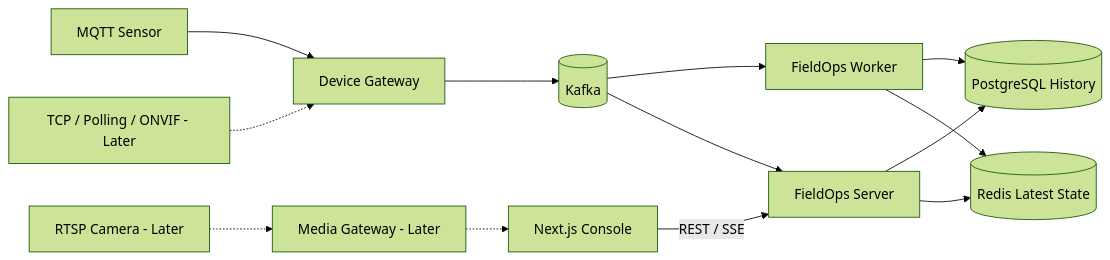
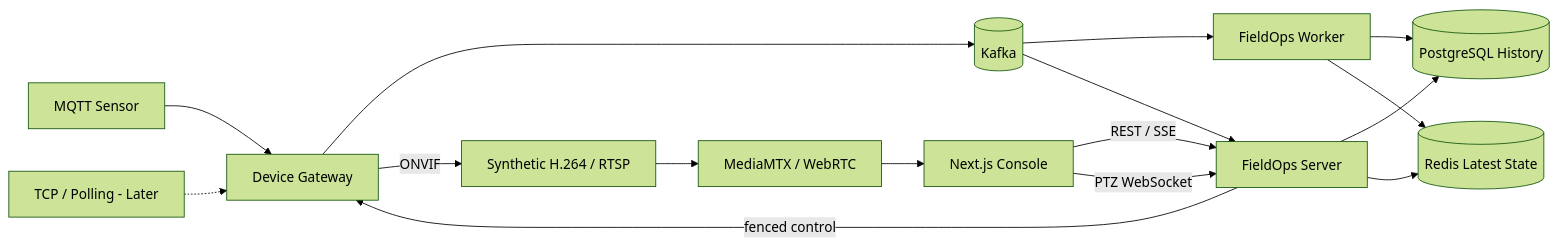
The diagram in README.md (krait4g/fieldops-control-plane), drawn with Mermaid (forest theme) before and after one commit. The commit also changed other lines of this file and 84 other files, not shown here.

Commit message:
feat: publish runnable camera preview and PTZ control

````diff
--- a/README.md
+++ b/README.md
@@ -141,15 +159,18 @@
 ```mermaid
 flowchart LR
     SENSOR[MQTT Sensor] --> GW[Device Gateway]
     GW --> K[(Kafka)]
     K --> WORKER[FieldOps Worker]
     WORKER --> PG[(PostgreSQL History)]
     WORKER --> RD[(Redis Latest State)]
     WEB[Next.js Console] -->|REST / SSE| API[FieldOps Server]
     API --> PG
     API --> RD
     K --> API
-    EXT[TCP / Polling / ONVIF - Later] -.-> GW
-    CAM[RTSP Camera - Later] -.-> MEDIA[Media Gateway - Later]
-    MEDIA -.-> WEB
+    EXT[TCP / Polling - Later] -.-> GW
+    CAM[Synthetic H.264 / RTSP] --> MEDIA[MediaMTX / WebRTC]
+    MEDIA --> WEB
+    WEB -->|PTZ WebSocket| API
+    API -->|fenced control| GW
+    GW -->|ONVIF| CAM
 ```
````
